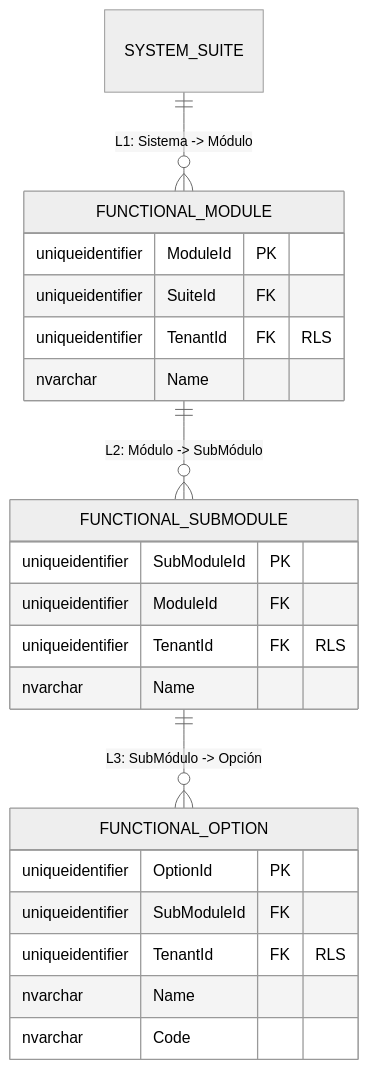
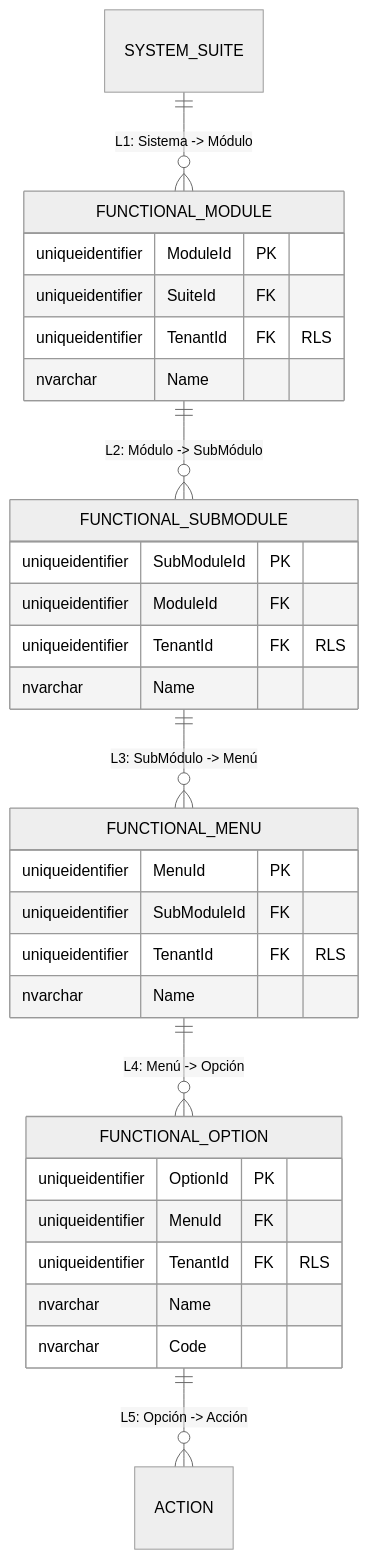
The third of 4 diagrams in docs/architecture/blueprints-es/database-design-er.md (beyondnetcode/ums), drawn with Mermaid (neutral theme) before and after one commit. The commit also changed other lines of this file and 1 other file, not shown here.

Commit message:
docs: add FUNCTIONAL_MENU table and expand authorization hierarchy to 6 levels

````diff
--- a/docs/architecture/blueprints-es/database-design-er.md
+++ b/docs/architecture/blueprints-es/database-design-er.md
@@ -110,28 +113,37 @@
 ```mermaid
 erDiagram
     SYSTEM_SUITE ||--o{ FUNCTIONAL_MODULE : "L1: Sistema -> Módulo"
     FUNCTIONAL_MODULE ||--o{ FUNCTIONAL_SUBMODULE : "L2: Módulo -> SubMódulo"
-    FUNCTIONAL_SUBMODULE ||--o{ FUNCTIONAL_OPTION : "L3: SubMódulo -> Opción"
+    FUNCTIONAL_SUBMODULE ||--o{ FUNCTIONAL_MENU : "L3: SubMódulo -> Menú"
+    FUNCTIONAL_MENU ||--o{ FUNCTIONAL_OPTION : "L4: Menú -> Opción"
+    FUNCTIONAL_OPTION ||--o{ ACTION : "L5: Opción -> Acción"
     
     FUNCTIONAL_MODULE {
         uniqueidentifier ModuleId PK
         uniqueidentifier SuiteId FK
         uniqueidentifier TenantId FK "RLS"
         nvarchar Name
     }
     
     FUNCTIONAL_SUBMODULE {
         uniqueidentifier SubModuleId PK
         uniqueidentifier ModuleId FK
         uniqueidentifier TenantId FK "RLS"
         nvarchar Name
     }
+
+    FUNCTIONAL_MENU {
+        uniqueidentifier MenuId PK
+        uniqueidentifier SubModuleId FK
+        uniqueidentifier TenantId FK "RLS"
+        nvarchar Name
+    }
     
     FUNCTIONAL_OPTION {
         uniqueidentifier OptionId PK
-        uniqueidentifier SubModuleId FK
+        uniqueidentifier MenuId FK
         uniqueidentifier TenantId FK "RLS"
         nvarchar Name
         nvarchar Code
     }
 ```
````
